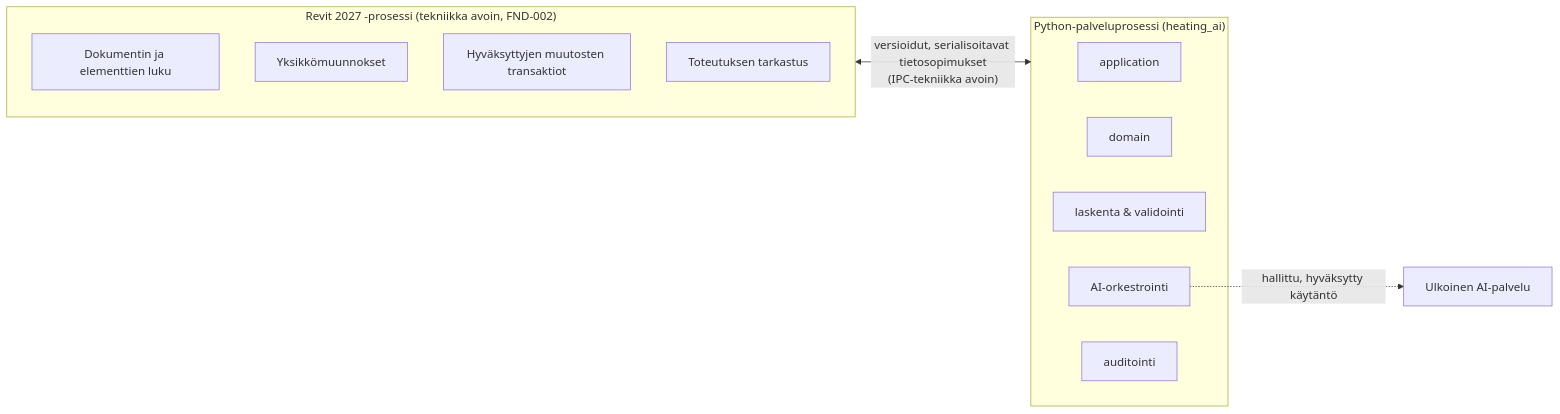
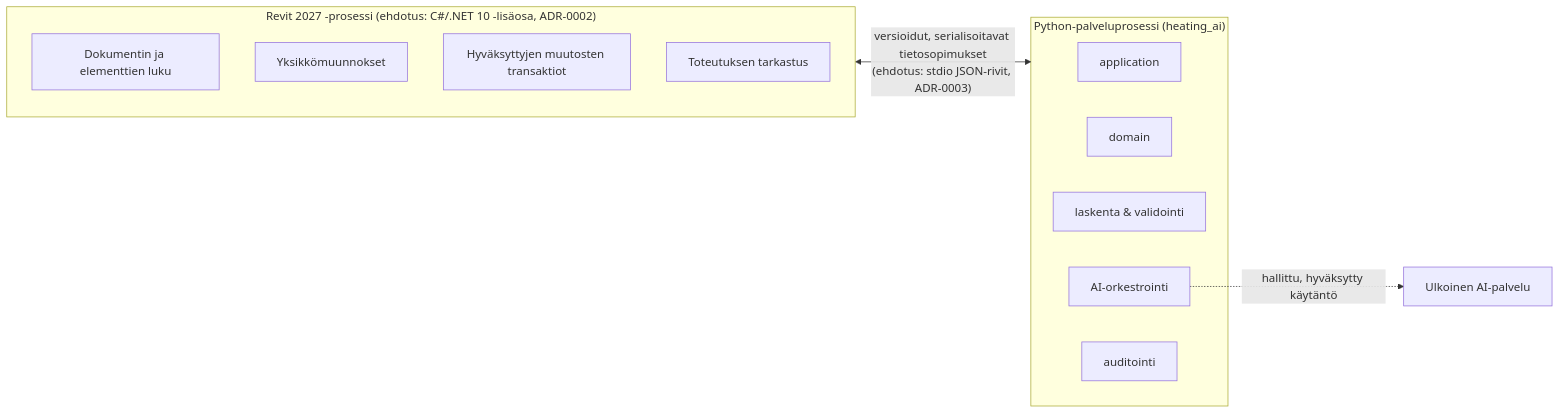
One commit to anttip1197/solmu changed the first of 2 diagrams in docs/architecture/overview.md. Above: the diagram before and after it, drawn with Mermaid. The commit also changed other lines of this file and 26 other files, not shown here.

First line of the commit message:
FND-002: Revit 2027 compatibility research and read-only spike

````diff
--- a/docs/architecture/overview.md
+++ b/docs/architecture/overview.md
@@ -10,18 +11,18 @@
 ```mermaid
 flowchart LR
-    subgraph Revit["Revit 2027 -prosessi (tekniikka avoin, FND-002)"]
+    subgraph Revit["Revit 2027 -prosessi (ehdotus: C#/.NET 10 -lisäosa, ADR-0002)"]
         R1["Dokumentin ja elementtien luku"]
         R2["Yksikkömuunnokset"]
         R3["Hyväksyttyjen muutosten transaktiot"]
         R4["Toteutuksen tarkastus"]
     end
     subgraph Py["Python-palveluprosessi (heating_ai)"]
         P1["application"]
         P2["domain"]
         P3["laskenta & validointi"]
         P4["AI-orkestrointi"]
         P5["auditointi"]
     end
-    Revit <-- "versioidut, serialisoitavat tietosopimukset\n(IPC-tekniikka avoin)" --> Py
+    Revit <-- "versioidut, serialisoitavat tietosopimukset\n(ehdotus: stdio JSON-rivit, ADR-0003)" --> Py
     P4 -. "hallittu, hyväksytty käytäntö" .-> AI["Ulkoinen AI-palvelu"]
 ```
````
